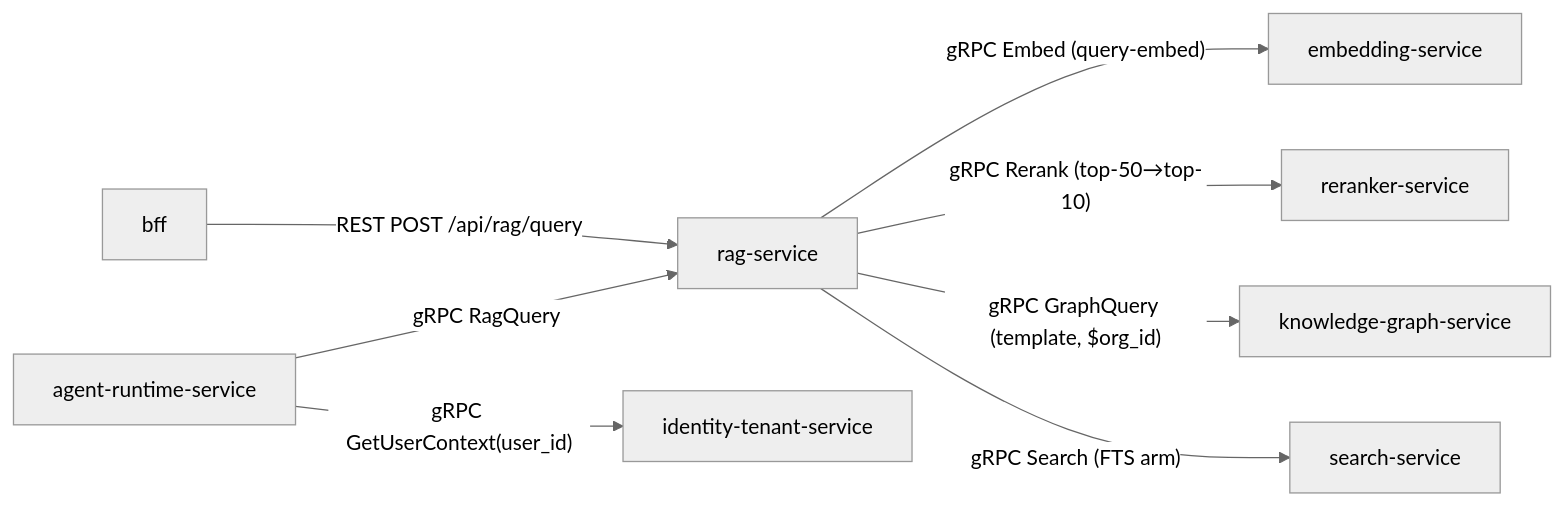
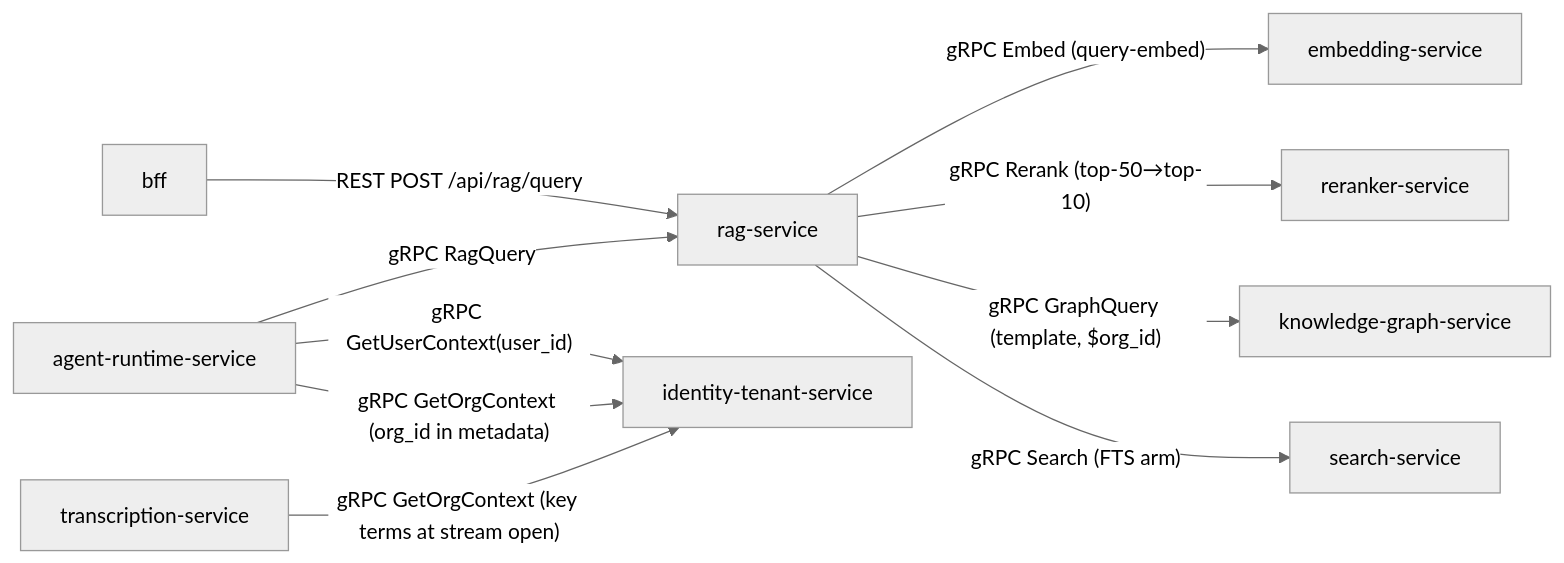
Before and after one commit to Mytheus-AI/mytheus-docs: the second of 7 diagrams in 03-container-architecture.md, drawn with Mermaid (neutral theme). The commit also changed other lines of this file and 8 other files, not shown here.

````diff
--- a/03-container-architecture.md
+++ b/03-container-architecture.md
@@ -255,10 +257,12 @@
 ```mermaid
 flowchart LR
   BFF["bff"] -->|"REST POST /api/rag/query"| RAG["rag-service"]
   AGENT["agent-runtime-service"] -->|"gRPC RagQuery"| RAG
   RAG -->|"gRPC Embed (query-embed)"| EMB["embedding-service"]
   RAG -->|"gRPC Rerank (top-50→top-10)"| RERANK["reranker-service"]
   RAG -->|"gRPC GraphQuery (template, $org_id)"| KG["knowledge-graph-service"]
   RAG -->|"gRPC Search (FTS arm)"| SEARCH["search-service"]
   AGENT -->|"gRPC GetUserContext(user_id)"| IDENT["identity-tenant-service"]
+  AGENT -->|"gRPC GetOrgContext (org_id in metadata)"| IDENT
+  TRANS["transcription-service"] -->|"gRPC GetOrgContext (key terms at stream open)"| IDENT
 ```
````
